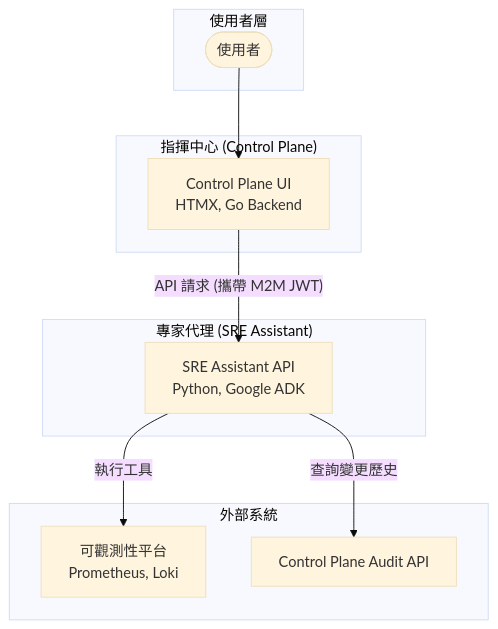
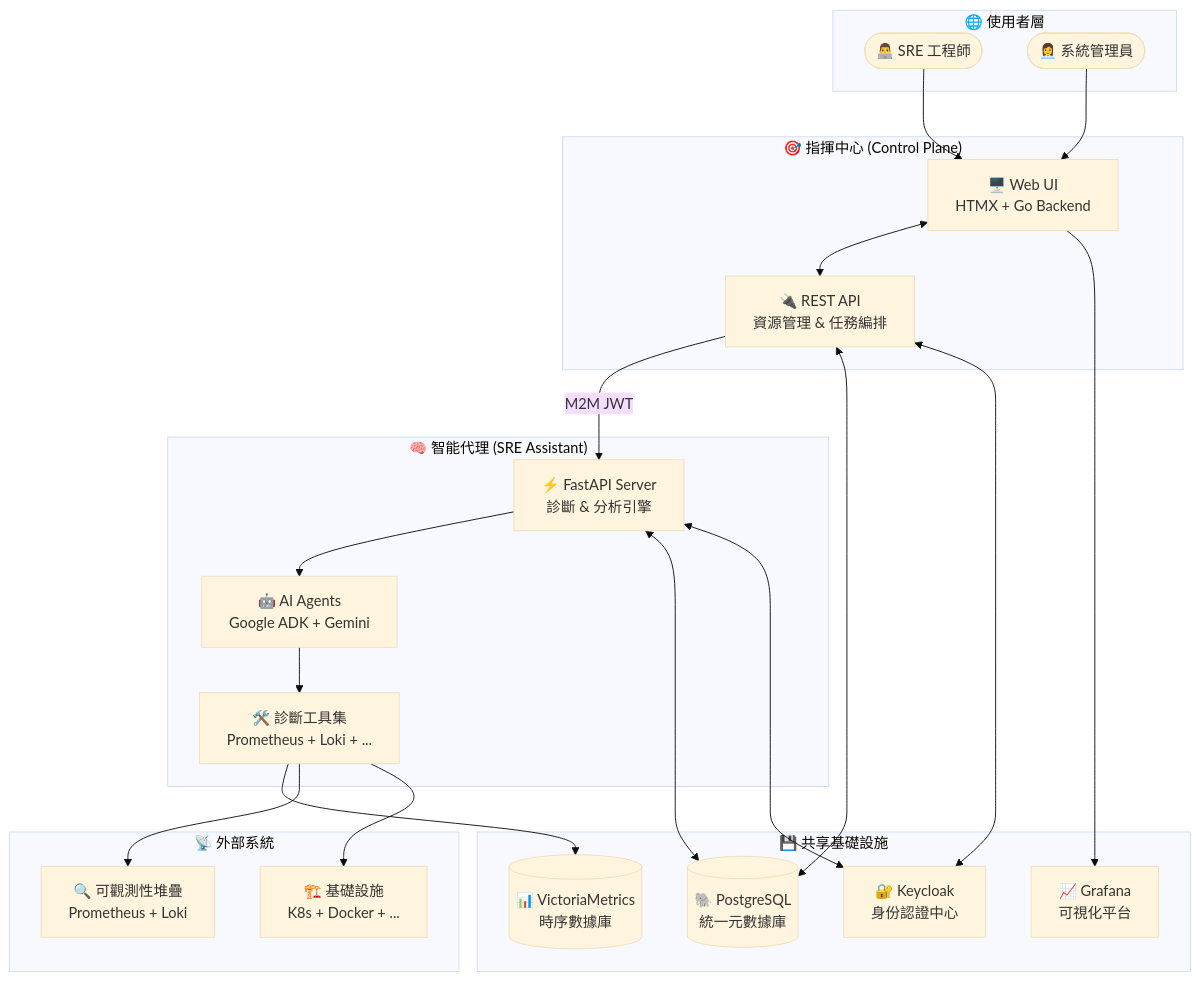
One commit to detectviz/ai-ops changed the second of 4 diagrams in README.md. Above: the diagram before and after it, drawn with Mermaid (base theme). The commit also changed other lines of this file and 919 other files, not shown here.

````diff
--- a/README.md
+++ b/README.md
@@ -25,24 +96,54 @@
 ```mermaid
-graph TD
-    subgraph "使用者層"
-        User([使用者])
+graph TB
+    subgraph "🌐 使用者層"
+        User([👨‍💻 SRE 工程師])
+        Admin([👩‍💼 系統管理員])
     end
 
-    subgraph "指揮中心 (Control Plane)"
-        ControlPlaneUI[Control Plane UI<br/>HTMX, Go Backend]
+    subgraph "🎯 指揮中心 (Control Plane)"
+        ControlPlaneUI[🖥️ Web UI<br/>HTMX + Go Backend]
+        ControlPlaneAPI[🔌 REST API<br/>資源管理 & 任務編排]
     end
 
-    subgraph "專家代理 (SRE Assistant)"
-        SREAssistantAPI[SRE Assistant API<br/>Python, Google ADK]
+    subgraph "🧠 智能代理 (SRE Assistant)"
+        SREAssistantAPI[⚡ FastAPI Server<br/>診斷 & 分析引擎]
+        AIAgents[🤖 AI Agents<br/>Google ADK + Gemini]
+        Tools[🛠️ 診斷工具集<br/>Prometheus + Loki + ...]
     end
 
-    subgraph "外部系統"
-        Observability[可觀測性平台<br/>Prometheus, Loki]
-        AuditLogs[Control Plane Audit API]
+    subgraph "💾 共享基礎設施"
+        PostgreSQL[(🐘 PostgreSQL<br/>統一元數據庫)]
+        VictoriaMetrics[(📊 VictoriaMetrics<br/>時序數據庫)]  
+        Grafana[📈 Grafana<br/>可視化平台]
+        Keycloak[🔐 Keycloak<br/>身份認證中心]
     end
 
+    subgraph "📡 外部系統"
+        Observability[🔍 可觀測性堆疊<br/>Prometheus + Loki]
+        Infrastructure[🏗️ 基礎設施<br/>K8s + Docker + ...]
+    end
+
+    %% 使用者互動
     User --> ControlPlaneUI
-    ControlPlaneUI -- API 請求 (攜帶 M2M JWT) --> SREAssistantAPI
-    SREAssistantAPI -- 執行工具 --> Observability
-    SREAssistantAPI -- 查詢變更歷史 --> AuditLogs
+    Admin --> ControlPlaneUI
+    
+    %% 服務間通訊
+    ControlPlaneUI <--> ControlPlaneAPI
+    ControlPlaneAPI -->|M2M JWT| SREAssistantAPI
+    SREAssistantAPI --> AIAgents
+    AIAgents --> Tools
+    
+    %% 數據流
+    ControlPlaneAPI <--> PostgreSQL
+    SREAssistantAPI <--> PostgreSQL
+    Tools --> VictoriaMetrics
+    Tools --> Observability
+    ControlPlaneUI --> Grafana
+    
+    %% 認證流
+    ControlPlaneAPI <--> Keycloak
+    SREAssistantAPI <--> Keycloak
+    
+    %% 監控目標
+    Tools --> Infrastructure
 ```
````
